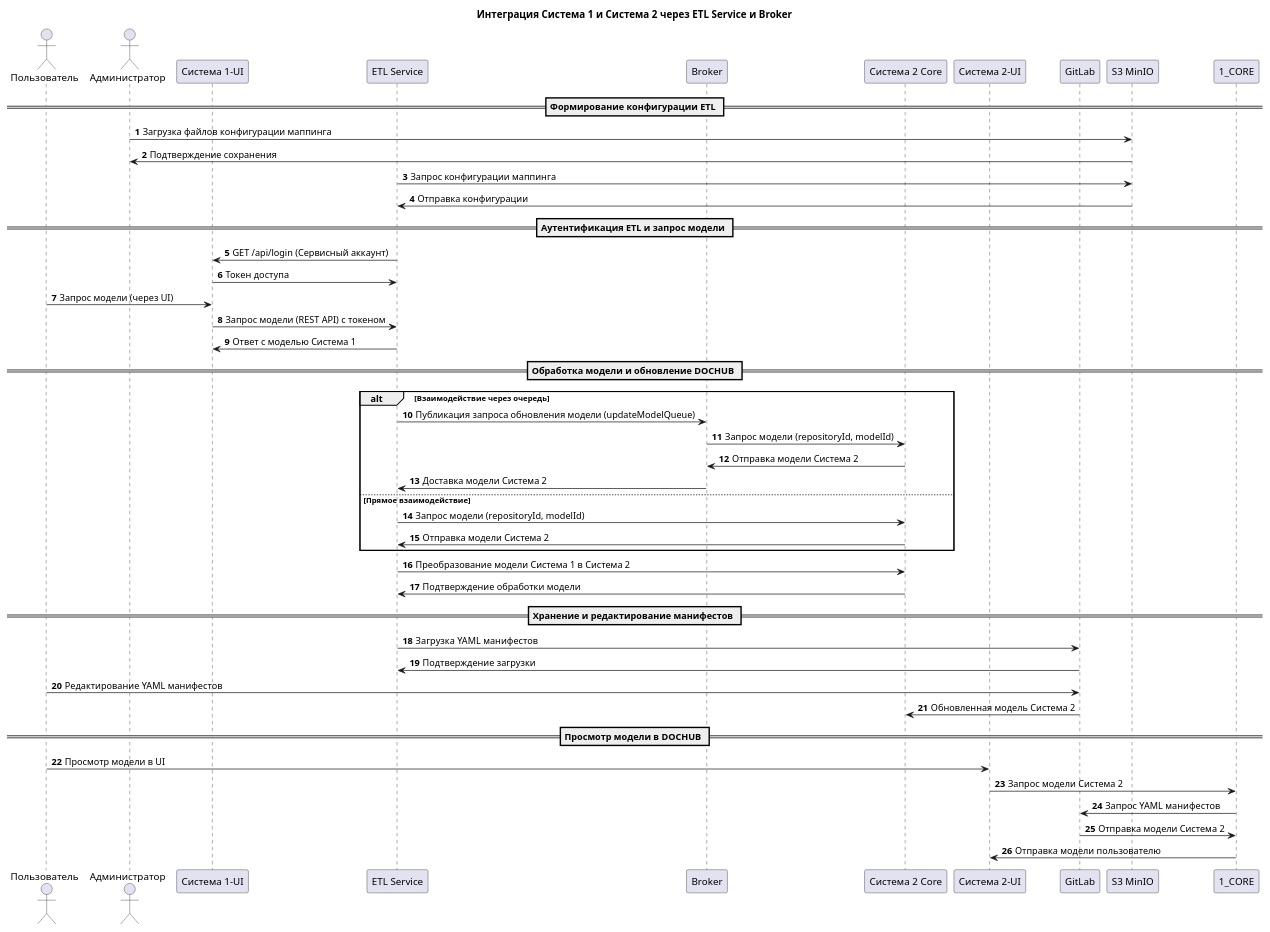
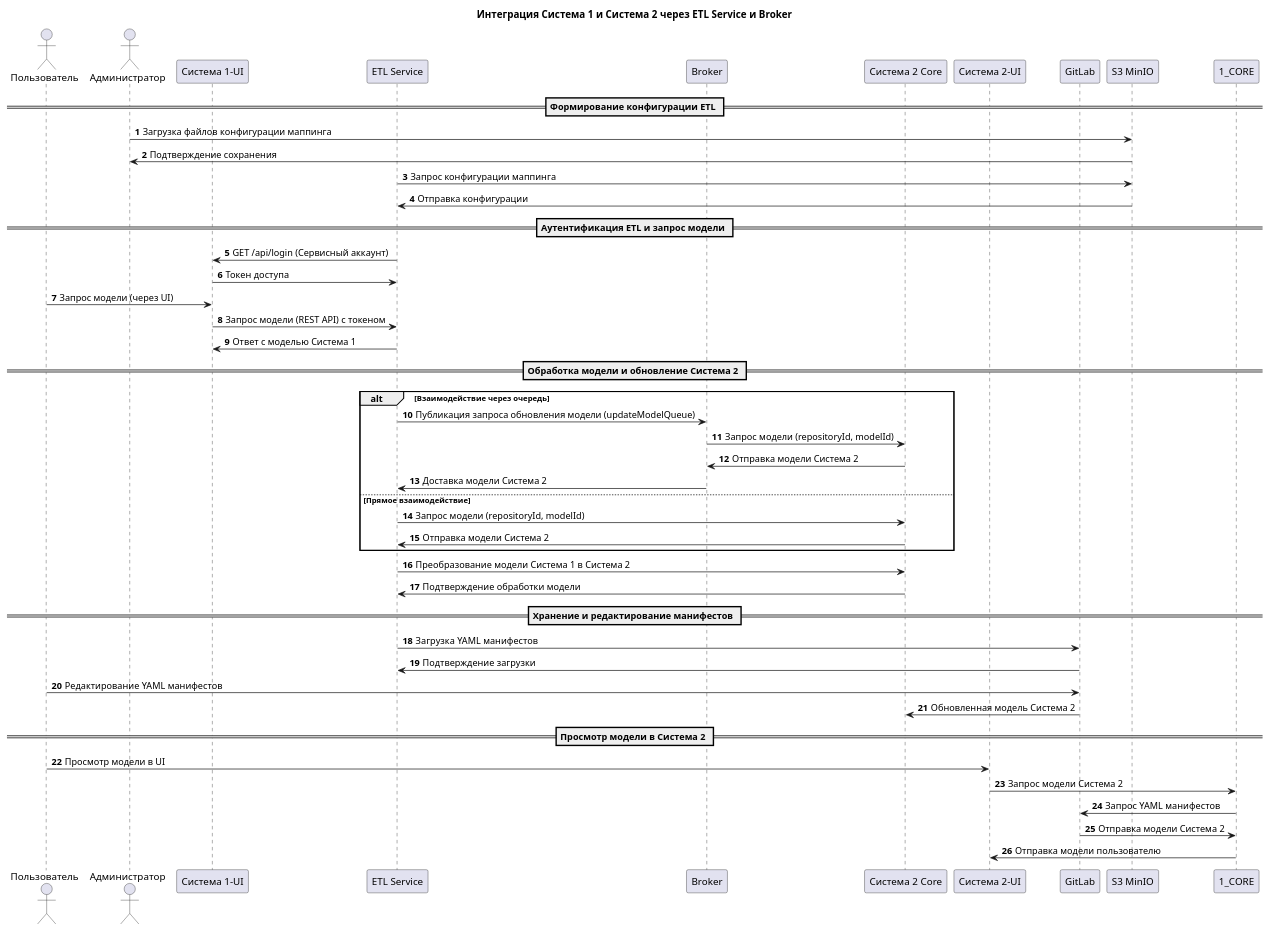
One commit to SynaxIntelligence/snx-arch changed the diagram in docs/content/docs/architecture/assets/etl/seq_diag.puml. Above: the diagram before and after it, drawn with PlantUML. The commit also changed 12 other files, not shown here.

```diff
--- a/docs/content/docs/architecture/assets/etl/seq_diag.puml
+++ b/docs/content/docs/architecture/assets/etl/seq_diag.puml
@@ -1,63 +1,63 @@
 @startuml
 title Интеграция Система 1 и Система 2 через ETL Service и Broker
 
 autonumber
 
 actor "Пользователь" as User
 actor "Администратор" as Admin
 participant "Система 1-UI" as 1_UI
 participant "ETL Service" as ETL
 participant "Broker" as BROKER
 participant "Система 2 Core" as 2_CORE
 participant "Система 2-UI" as 2_UI
 participant "GitLab" as GITLAB
 participant "S3 MinIO" as MINIO
 
 == Формирование конфигурации ETL ==
 
 Admin -> MINIO: Загрузка файлов конфигурации маппинга
 MINIO -> Admin: Подтверждение сохранения
 ETL -> MINIO: Запрос конфигурации маппинга
 MINIO -> ETL: Отправка конфигурации
 
 == Аутентификация ETL и запрос модели ==
 
 ETL -> 1_UI: GET /api/login (Сервисный аккаунт)
 1_UI -> ETL: Токен доступа
 
 User -> 1_UI: Запрос модели (через UI)
 1_UI -> ETL: Запрос модели (REST API) с токеном
 ETL -> 1_UI: Ответ с моделью Система 1
 
-== Обработка модели и обновление DOCHUB ==
+== Обработка модели и обновление Система 2 ==
 
 alt Взаимодействие через очередь
     ETL -> BROKER: Публикация запроса обновления модели (updateModelQueue)
     BROKER -> 2_CORE: Запрос модели (repositoryId, modelId)
     2_CORE -> BROKER: Отправка модели Система 2
     BROKER -> ETL: Доставка модели Система 2
 else Прямое взаимодействие
     ETL -> 2_CORE: Запрос модели (repositoryId, modelId)
     2_CORE -> ETL: Отправка модели Система 2
 end
 
 ETL -> 2_CORE: Преобразование модели Система 1 в Система 2
 2_CORE -> ETL: Подтверждение обработки модели
 
 == Хранение и редактирование манифестов ==
 
 ETL -> GITLAB: Загрузка YAML манифестов
 GITLAB -> ETL: Подтверждение загрузки
 
 User -> GITLAB: Редактирование YAML манифестов
 GITLAB -> 2_CORE: Обновленная модель Система 2
 
-== Просмотр модели в DOCHUB ==
+== Просмотр модели в Система 2 ==
 
 User -> 2_UI: Просмотр модели в UI
 2_UI -> 1_CORE: Запрос модели Система 2
 1_CORE -> GITLAB: Запрос YAML манифестов
 GITLAB -> 1_CORE: Отправка модели Система 2
 1_CORE -> 2_UI: Отправка модели пользователю
 
 @enduml
```
